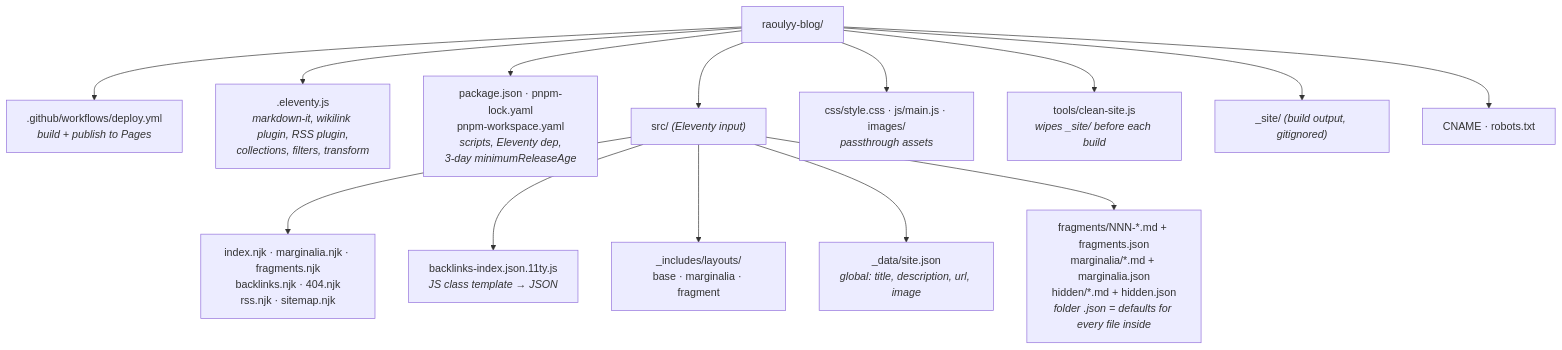
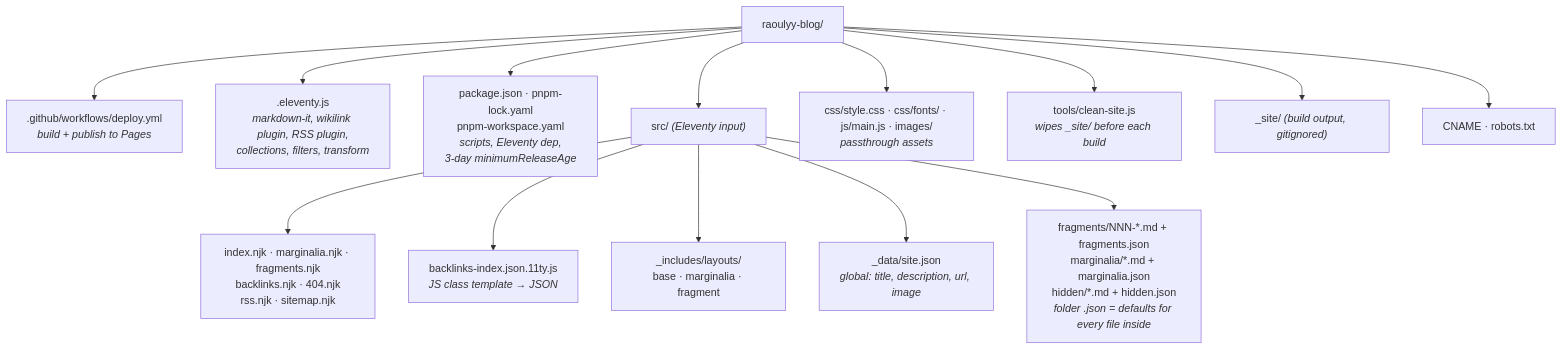
One commit to raoul-g/raoulyy-blog changed the second of 9 diagrams in ARCHITECTURE.md. Above: the diagram before and after it, drawn with Mermaid. The commit also changed other lines of this file and 10 other files, not shown here.

````diff
--- a/ARCHITECTURE.md
+++ b/ARCHITECTURE.md
@@ -55,19 +53,19 @@
 ```mermaid
 flowchart TB
     ROOT["raoulyy-blog/"]
 
     ROOT --> WF[".github/workflows/deploy.yml<br/><i>build + publish to Pages</i>"]
     ROOT --> CFG[".eleventy.js<br/><i>markdown-it, wikilink plugin, RSS plugin,<br/>collections, filters, transform</i>"]
     ROOT --> PKG["package.json · pnpm-lock.yaml<br/>pnpm-workspace.yaml<br/><i>scripts, Eleventy dep,<br/>3-day minimumReleaseAge</i>"]
     ROOT --> SRC["src/ <i>(Eleventy input)</i>"]
-    ROOT --> ASSETS["css/style.css · js/main.js · images/<br/><i>passthrough assets</i>"]
+    ROOT --> ASSETS["css/style.css · css/fonts/ · js/main.js · images/<br/><i>passthrough assets</i>"]
     ROOT --> TOOLS["tools/clean-site.js<br/><i>wipes _site/ before each build</i>"]
     ROOT --> OUT["_site/ <i>(build output, gitignored)</i>"]
     ROOT --> MISC["CNAME · robots.txt"]
 
     SRC --> PAGES_["index.njk · marginalia.njk · fragments.njk<br/>backlinks.njk · 404.njk<br/>rss.njk · sitemap.njk"]
     SRC --> JSONT["backlinks-index.json.11ty.js<br/><i>JS class template → JSON</i>"]
     SRC --> LAYOUTS["_includes/layouts/<br/>base · marginalia · fragment"]
     SRC --> DATA["_data/site.json<br/><i>global: title, description, url, image</i>"]
     SRC --> CONTENT["fragments/NNN-*.md + fragments.json<br/>marginalia/*.md + marginalia.json<br/>hidden/*.md + hidden.json<br/><i>folder .json = defaults for every file inside</i>"]
 ```
````
